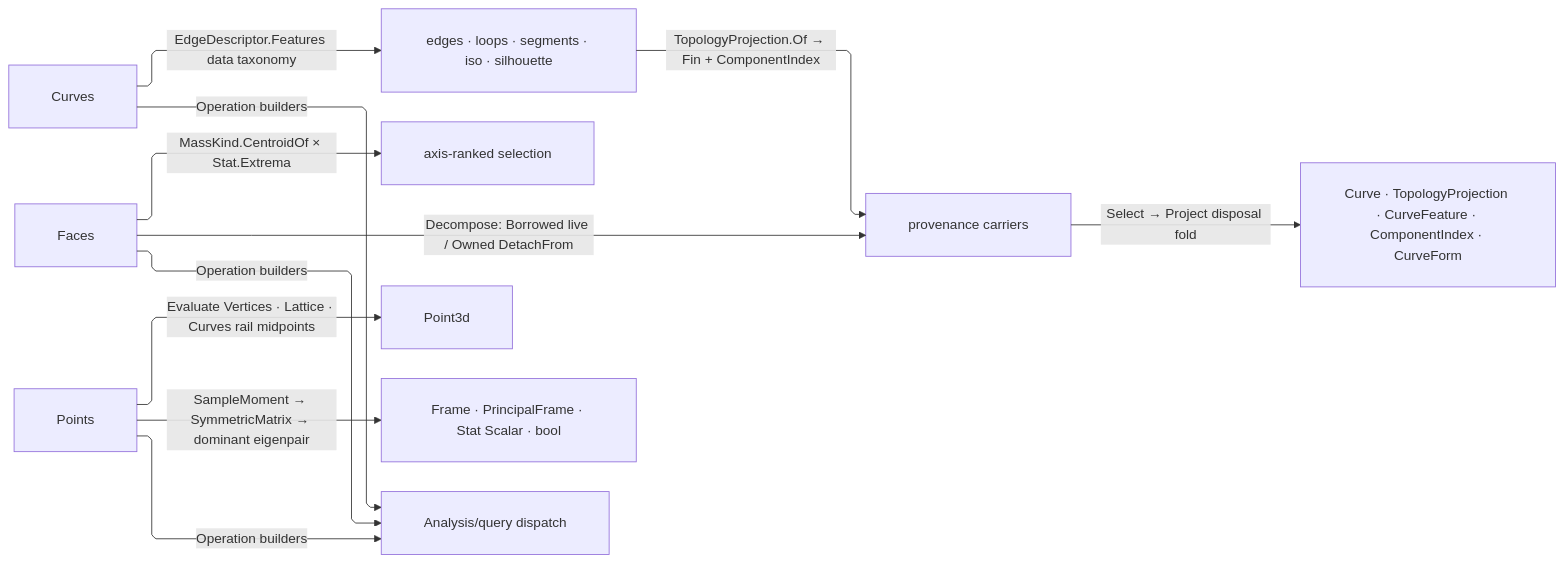
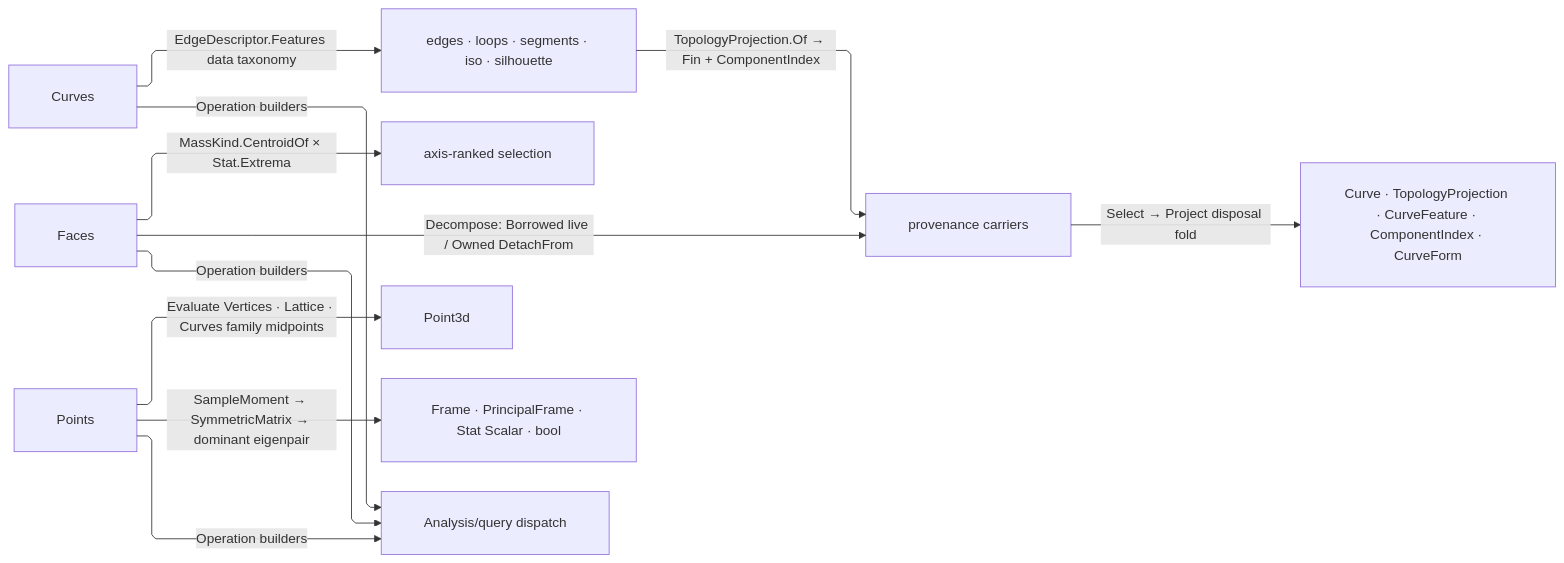
Before and after one commit to bsamiee/Rasm: the diagram in libs/dotnet/Rasm/.planning/Analysis/select.md, drawn with Mermaid. The commit also changed other lines of this file and 1997 other files, not shown here.

First line of the commit message:
docs: rename rail to result and seam to boundary across the corpus

````diff
--- a/libs/dotnet/Rasm/.planning/Analysis/select.md
+++ b/libs/dotnet/Rasm/.planning/Analysis/select.md
@@ -635,20 +635,20 @@
 ```mermaid
 ---
 config:
   layout: elk
   flowchart:
     curve: linear
     padding: 25
 ---
 flowchart LR
     accTitle: Curve, face, and point selection extraction
-    accDescr: Curves extracting edge, loop, segment, iso, and silhouette features onto provenance carriers minted on the Fin rail, faces decomposing borrowed or owned and ranking by axis, points sampling vertices and control lattices into principal spread, and all three entering the query dispatch as operation builders.
+    accDescr: Curves extracting edge, loop, segment, iso, and silhouette features onto provenance carriers minted on the Fin result, faces decomposing borrowed or owned and ranking by axis, points sampling vertices and control lattices into principal spread, and all three entering the query dispatch as operation builders.
     Curves -->|EdgeDescriptor.Features data taxonomy| Extraction[edges · loops · segments · iso · silhouette]
     Extraction -->|TopologyProjection.Of → Fin + ComponentIndex| Carrier[provenance carriers]
     Carrier -->|Select → Project disposal fold| Outputs[Curve · TopologyProjection · CurveFeature · ComponentIndex · CurveForm]
     Faces -->|Decompose: Borrowed live / Owned DetachFrom| Carrier
     Faces -->|MassKind.CentroidOf × Stat.Extrema| Ranked[axis-ranked selection]
-    Points -->|Evaluate Vertices · Lattice · Curves rail midpoints| Point3d
+    Points -->|Evaluate Vertices · Lattice · Curves family midpoints| Point3d
     Points -->|SampleMoment → SymmetricMatrix → dominant eigenpair| Spread[Frame · PrincipalFrame · Stat Scalar · bool]
     Curves & Faces & Points -->|Operation builders| Query[Analysis/query dispatch]
 ```
````
